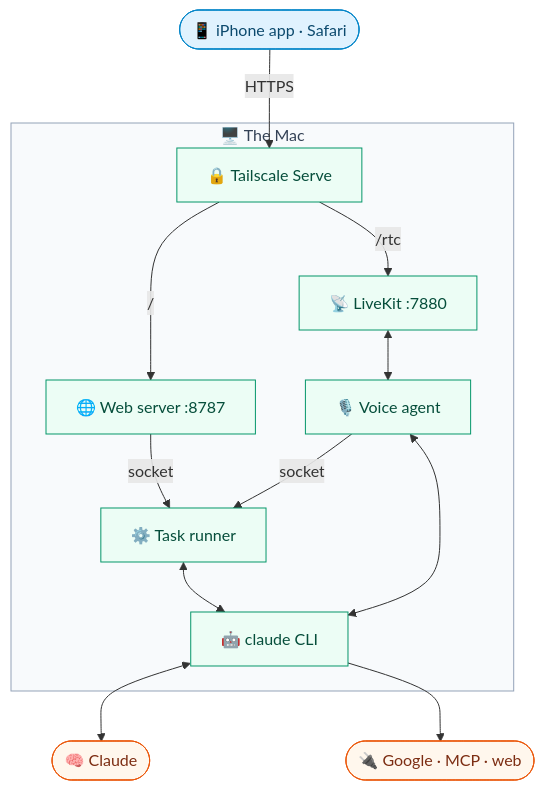
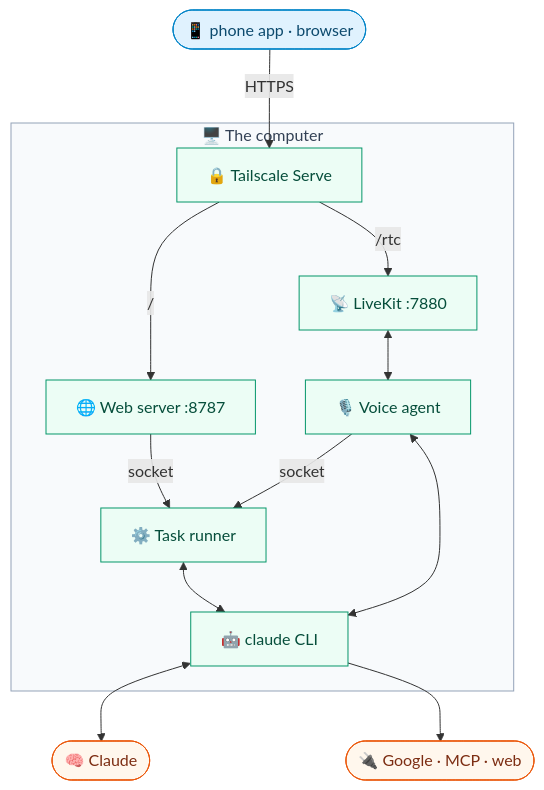
One commit to anilkumarmeena/alfred changed the first of 6 diagrams in docs/architecture.md. Above: the diagram before and after it, drawn with Mermaid. The commit also changed other lines of this file and 128 other files, not shown here.

````diff
--- a/docs/architecture.md
+++ b/docs/architecture.md
@@ -46,35 +47,35 @@
 ```mermaid
 flowchart TB
-    You(["📱 iPhone app · Safari"])
+    You(["📱 phone app · browser"])
 
-    subgraph Mac["🖥️ The Mac"]
+    subgraph Host["🖥️ The computer"]
         TS["🔒 Tailscale Serve"]
         Web["🌐 Web server :8787"]
         LK["📡 LiveKit :7880"]
         Agent["🎙️ Voice agent"]
         Runner["⚙️ Task runner"]
         CLI["🤖 claude CLI"]
     end
 
     Claude(["🧠 Claude"])
     APIs(["🔌 Google · MCP · web"])
 
     You -->|HTTPS| TS
     TS -->|"/"| Web
     TS -->|"/rtc"| LK
     LK <--> Agent
     Web -->|socket| Runner
     Agent -->|socket| Runner
     Agent <--> CLI
     Runner <--> CLI
     CLI <--> Claude
     CLI --> APIs
 
     classDef you fill:#e0f2fe,stroke:#0284c7,color:#0c4a6e
     classDef mac fill:#ecfdf5,stroke:#059669,color:#064e3b
     classDef cloud fill:#fff7ed,stroke:#ea580c,color:#7c2d12
     class You you
     class TS,Web,LK,Agent,Runner,CLI mac
     class Claude,APIs cloud
-    style Mac fill:#f8fafc,stroke:#94a3b8,color:#334155
+    style Host fill:#f8fafc,stroke:#94a3b8,color:#334155
 ```
````
